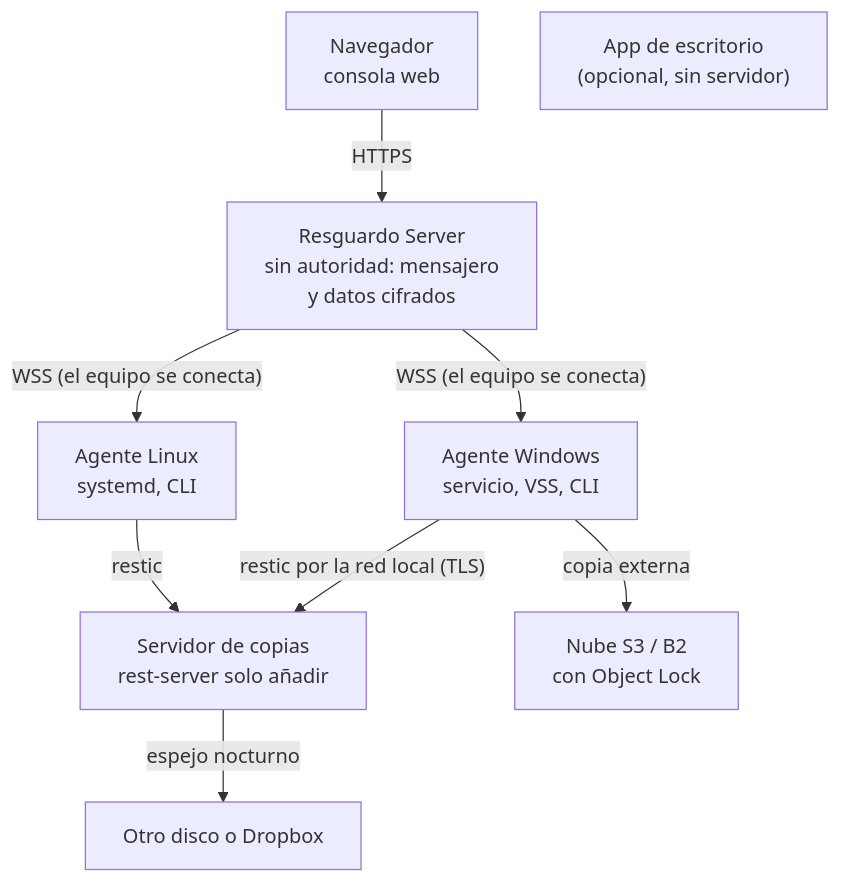
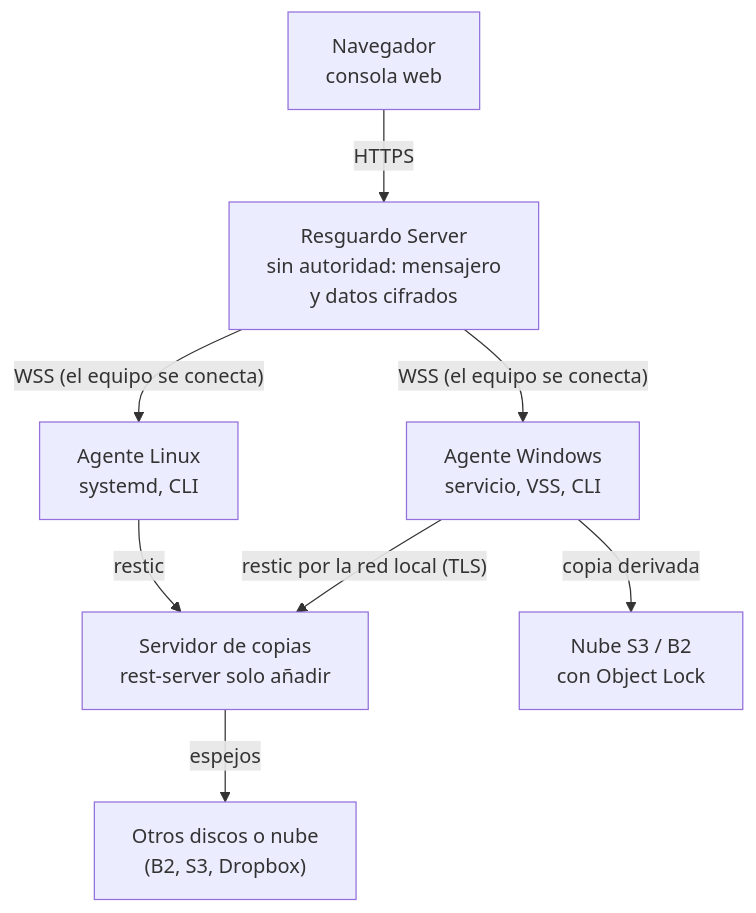
Before and after one commit to evercarog/resguardo: the diagram in README.md, drawn with Mermaid. The commit also changed other lines of this file and 2 other files, not shown here.

First line of the commit message:
README: sin la app de escritorio, con la ventana del agente y lo de hoy

````diff
--- a/README.md
+++ b/README.md
@@ -22,11 +22,10 @@
 ```mermaid
 flowchart TB
   nav["Navegador<br/>consola web"] -- HTTPS --> srv["Resguardo Server<br/>sin autoridad: mensajero<br/>y datos cifrados"]
-  app["App de escritorio<br/>(opcional, sin servidor)"]
   srv -- "WSS (el equipo se conecta)" --> aw["Agente Windows<br/>servicio, VSS, CLI"]
   srv -- "WSS (el equipo se conecta)" --> al["Agente Linux<br/>systemd, CLI"]
   aw -- "restic por la red local (TLS)" --> sc["Servidor de copias<br/>rest-server solo añadir"]
   al -- restic --> sc
-  sc -- "espejo nocturno" --> esp["Otro disco o Dropbox"]
-  aw -- "copia externa" --> nube["Nube S3 / B2<br/>con Object Lock"]
+  sc -- "espejos" --> esp["Otros discos o nube<br/>(B2, S3, Dropbox)"]
+  aw -- "copia derivada" --> nube["Nube S3 / B2<br/>con Object Lock"]
 ```
````
